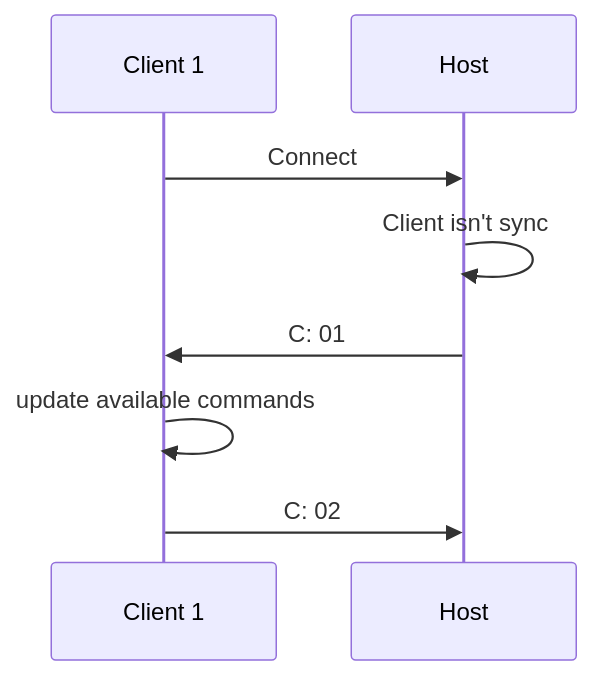
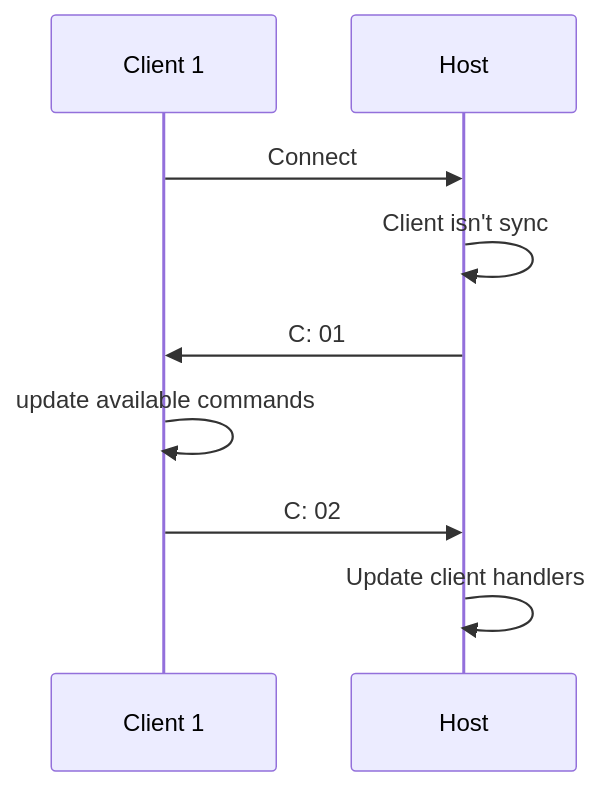
One commit to Myscelium/myscelium changed the fifth of 5 diagrams in Doc/Functionality.md. Above: the diagram before and after it, drawn with Mermaid. The commit also changed other lines of this file and 2 other files, not shown here.

Commit message:
Now the sync is working as itnend, host is sending a command to att the client network available refs and client is sending back one payload with the endpoints that it brings with, then host is correctly understanding it and adding to the network av commands

````diff
--- a/Doc/Functionality.md
+++ b/Doc/Functionality.md
@@ -130,12 +130,12 @@
 ```mermaid
 sequenceDiagram
 
 
 Client 1 ->> Host: Connect
 Host ->> Host: Client isn't sync 
 Host ->> Client 1: C: 01
 Client 1 ->> Client 1: update available commands
 Client 1 ->> Host: C: 02
-
+Host ->> Host: Update client handlers
 
 ```
````
